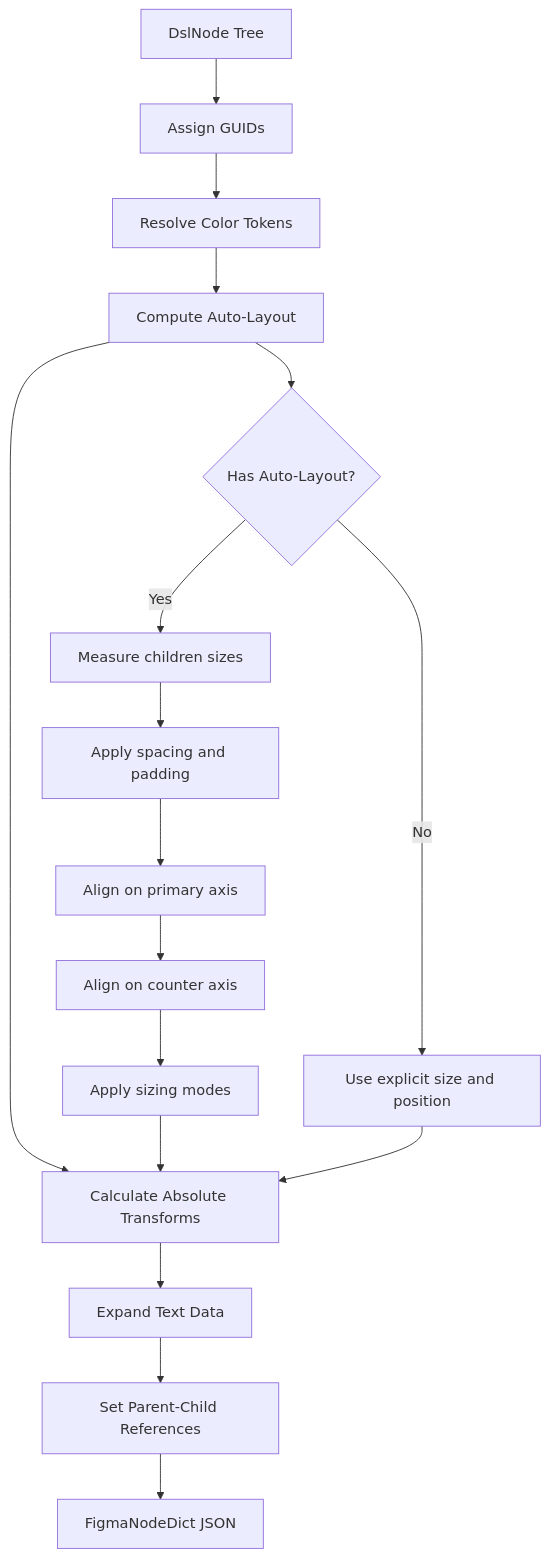
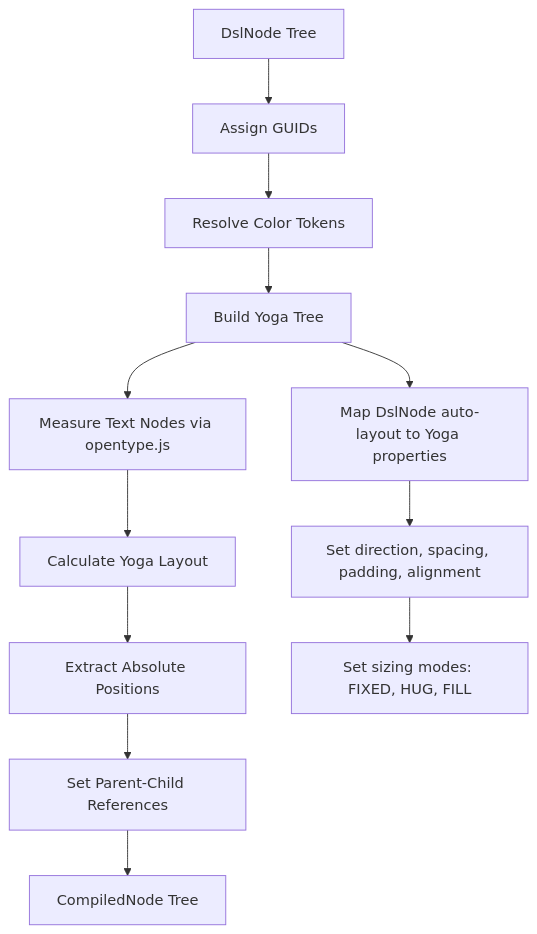
The third of 4 diagrams in .kiro/specs/figma-component-dsl/design.md (TETRA2000/figma-component-dsl), drawn with Mermaid before and after one commit. The commit also changed other lines of this file and 2 other files, not shown here.

First line of the commit message:
Redesign architecture: all-TypeScript pipeline based on landscape research

````diff
--- a/.kiro/specs/figma-component-dsl/design.md
+++ b/.kiro/specs/figma-component-dsl/design.md
@@ -144,20 +144,15 @@
 ```mermaid
 flowchart TB
     A[DslNode Tree] --> B[Assign GUIDs]
     B --> C[Resolve Color Tokens]
-    C --> D[Compute Auto-Layout]
-    D --> E[Calculate Absolute Transforms]
-    E --> F[Expand Text Data]
-    F --> G[Set Parent-Child References]
-    G --> H[FigmaNodeDict JSON]
+    C --> D[Build Yoga Tree]
+    D --> E[Measure Text Nodes via opentype.js]
+    E --> F[Calculate Yoga Layout]
+    F --> G[Extract Absolute Positions]
+    G --> H[Set Parent-Child References]
+    H --> I[CompiledNode Tree]
 
-    D --> D1{Has Auto-Layout?}
-    D1 -->|Yes| D2[Measure children sizes]
-    D2 --> D3[Apply spacing and padding]
-    D3 --> D4[Align on primary axis]
-    D4 --> D5[Align on counter axis]
-    D5 --> D6[Apply sizing modes]
-    D1 -->|No| D7[Use explicit size and position]
-    D6 --> E
-    D7 --> E
+    D --> D1[Map DslNode auto-layout to Yoga properties]
+    D1 --> D2[Set direction, spacing, padding, alignment]
+    D2 --> D3[Set sizing modes: FIXED, HUG, FILL]
 ```
````
